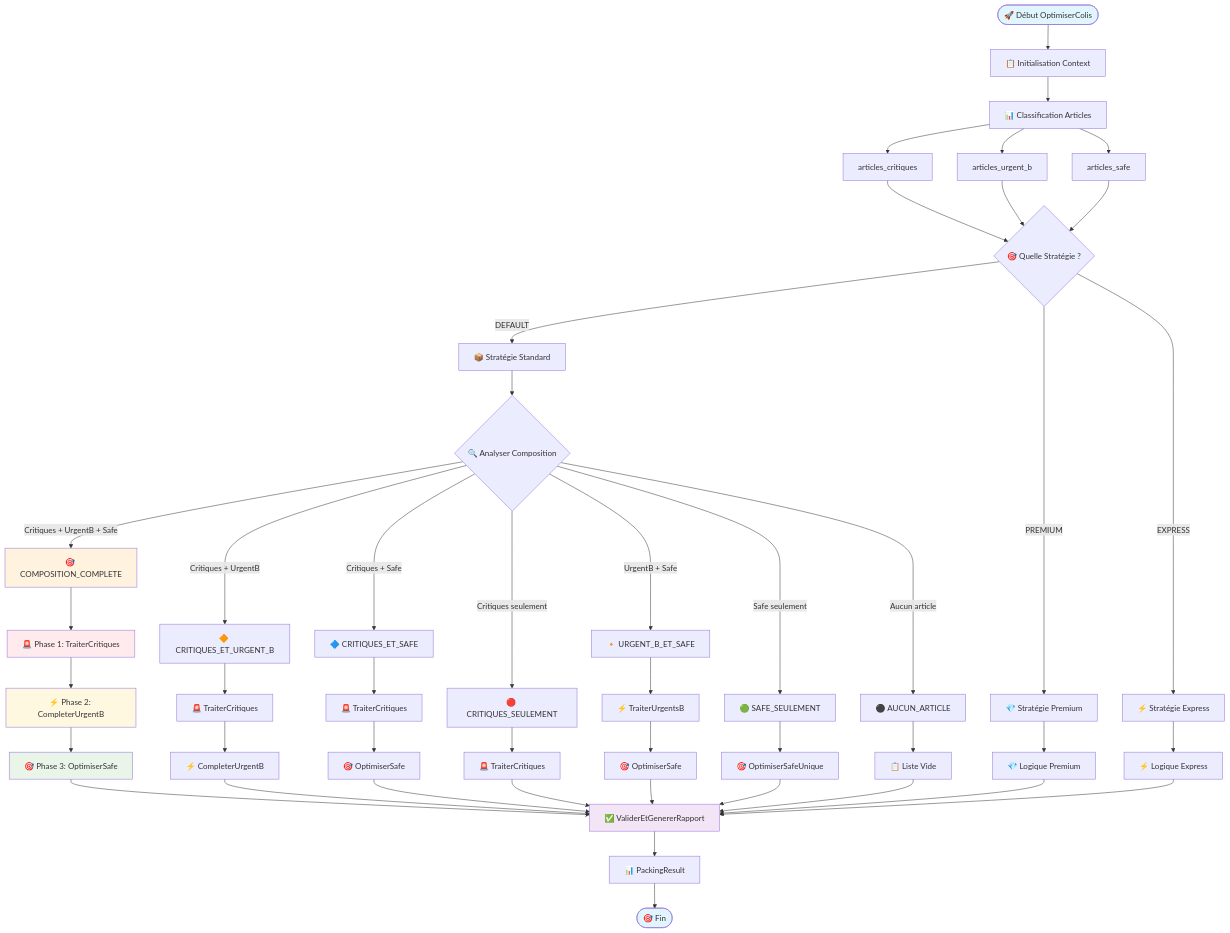
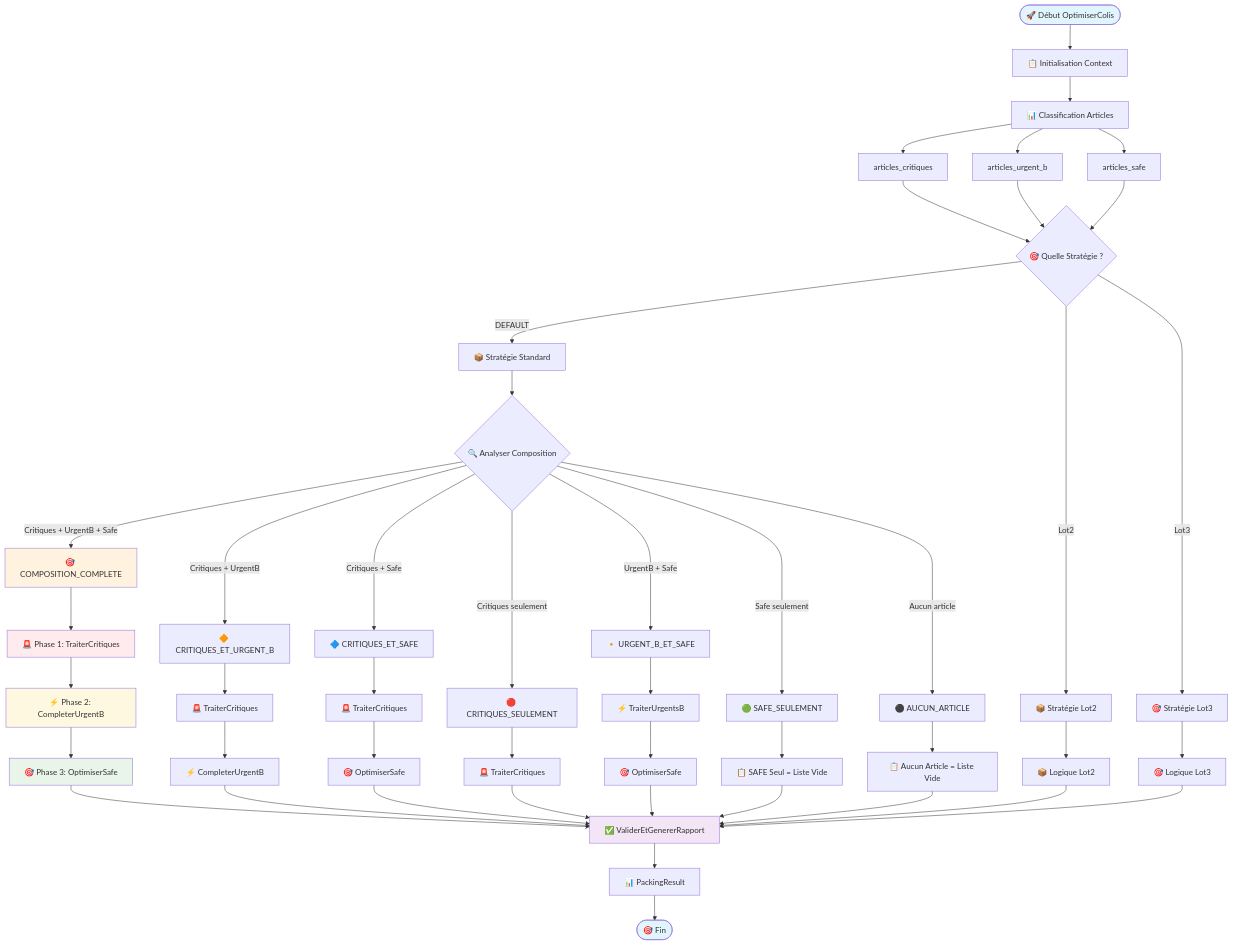
One commit to Singularity-Institute/PTL-r-appro- changed the third of 5 diagrams in Diagrammes-OptimiserColis-Visuels.md. Above: the diagram before and after it, drawn with Mermaid. The commit also changed other lines of this file, not shown here.

````diff
--- a/Diagrammes-OptimiserColis-Visuels.md
+++ b/Diagrammes-OptimiserColis-Visuels.md
@@ -152,71 +150,71 @@
 ```mermaid
 flowchart TD
     Start([🚀 Début OptimiserColis]) --> Init[📋 Initialisation Context]
 
     Init --> Extract[📊 Classification Articles]
     Extract --> Critiques[articles_critiques]
     Extract --> UrgentB[articles_urgent_b]
     Extract --> Safe[articles_safe]
 
     Critiques --> Strategy{🎯 Quelle Stratégie ?}
     UrgentB --> Strategy
     Safe --> Strategy
 
     Strategy -->|DEFAULT| DefaultStrat[📦 Stratégie Standard]
-    Strategy -->|PREMIUM| PremiumStrat[💎 Stratégie Premium]
-    Strategy -->|EXPRESS| ExpressStrat[⚡ Stratégie Express]
+    Strategy -->|Lot2| Lot2Strat[📦 Stratégie Lot2]
+    Strategy -->|Lot3| Lot3Strat[🎯 Stratégie Lot3]
 
     DefaultStrat --> Analyze{🔍 Analyser Composition}
 
     Analyze -->|Critiques + UrgentB + Safe| Complete[🎯 COMPOSITION_COMPLETE]
     Analyze -->|Critiques + UrgentB| CritUrgent[🔶 CRITIQUES_ET_URGENT_B]
     Analyze -->|Critiques + Safe| CritSafe[🔷 CRITIQUES_ET_SAFE]
     Analyze -->|Critiques seulement| CritOnly[🔴 CRITIQUES_SEULEMENT]
     Analyze -->|UrgentB + Safe| UrgSafe[🔸 URGENT_B_ET_SAFE]
     Analyze -->|Safe seulement| SafeOnly[🟢 SAFE_SEULEMENT]
     Analyze -->|Aucun article| Empty[⚫ AUCUN_ARTICLE]
 
     Complete --> P1[🚨 Phase 1: TraiterCritiques]
     P1 --> P2[⚡ Phase 2: CompleterUrgentB]
     P2 --> P3[🎯 Phase 3: OptimiserSafe]
     P3 --> Validate
 
     CritUrgent --> P1b[🚨 TraiterCritiques]
     P1b --> P2b[⚡ CompleterUrgentB]
     P2b --> Validate
 
     CritSafe --> P1c[🚨 TraiterCritiques]
     P1c --> P3c[🎯 OptimiserSafe]
     P3c --> Validate
 
     CritOnly --> P1d[🚨 TraiterCritiques]
     P1d --> Validate
 
     UrgSafe --> TraitUrgent[⚡ TraiterUrgentsB]
     TraitUrgent --> P3d[🎯 OptimiserSafe]
     P3d --> Validate
 
-    SafeOnly --> P3e[🎯 OptimiserSafeUnique]
-    P3e --> Validate
+    SafeOnly --> EmptyResultSafe[📋 SAFE Seul = Liste Vide]
+    EmptyResultSafe --> Validate
 
-    Empty --> EmptyResult[📋 Liste Vide]
+    Empty --> EmptyResult[📋 Aucun Article = Liste Vide]
     EmptyResult --> Validate
 
-    PremiumStrat --> LogiquePremium[💎 Logique Premium]
-    LogiquePremium --> Validate
+    Lot2Strat --> LogiqueLot2[📦 Logique Lot2]
+    LogiqueLot2 --> Validate
 
-    ExpressStrat --> LogiqueExpress[⚡ Logique Express]
-    LogiqueExpress --> Validate
+    Lot3Strat --> LogiqueLot3[🎯 Logique Lot3]
+    LogiqueLot3 --> Validate
 
     Validate[✅ ValiderEtGenererRapport]
     Validate --> Result[📊 PackingResult]
     Result --> End([🎯 Fin])
 
     style Start fill:#e1f5fe
     style Complete fill:#fff3e0
     style P1 fill:#ffebee
     style P2 fill:#fff8e1
     style P3 fill:#e8f5e8
     style Validate fill:#f3e5f5
     style End fill:#e1f5fe
 ```
````
